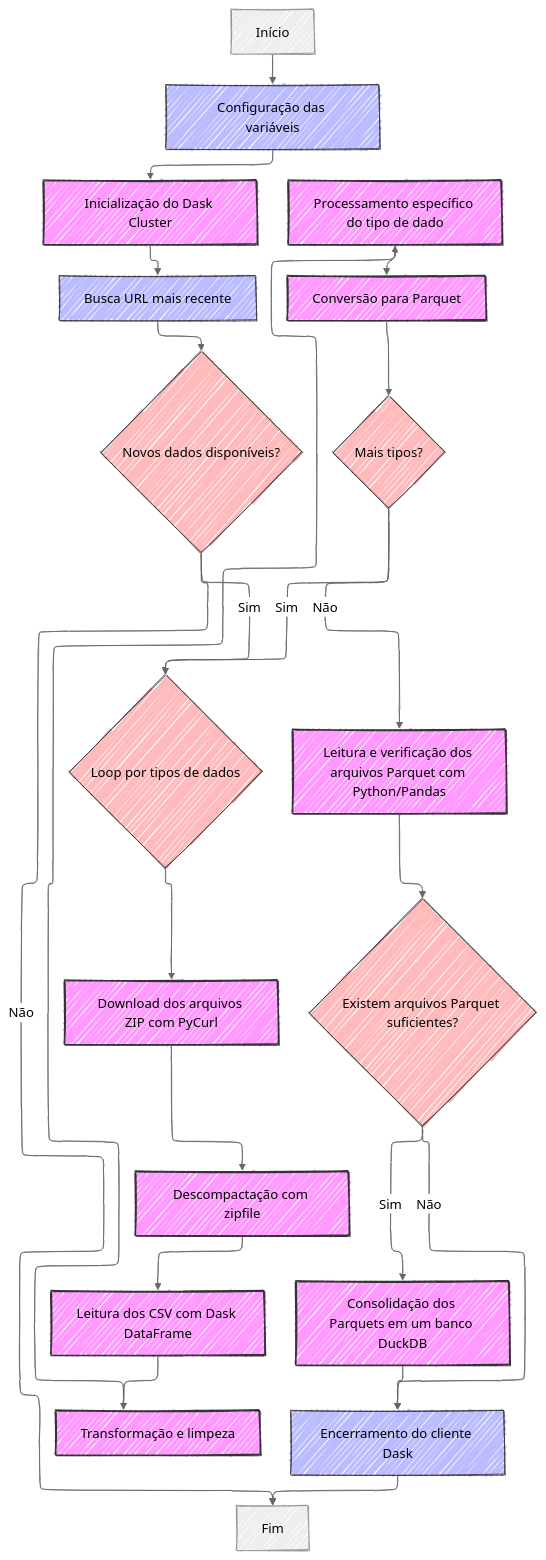
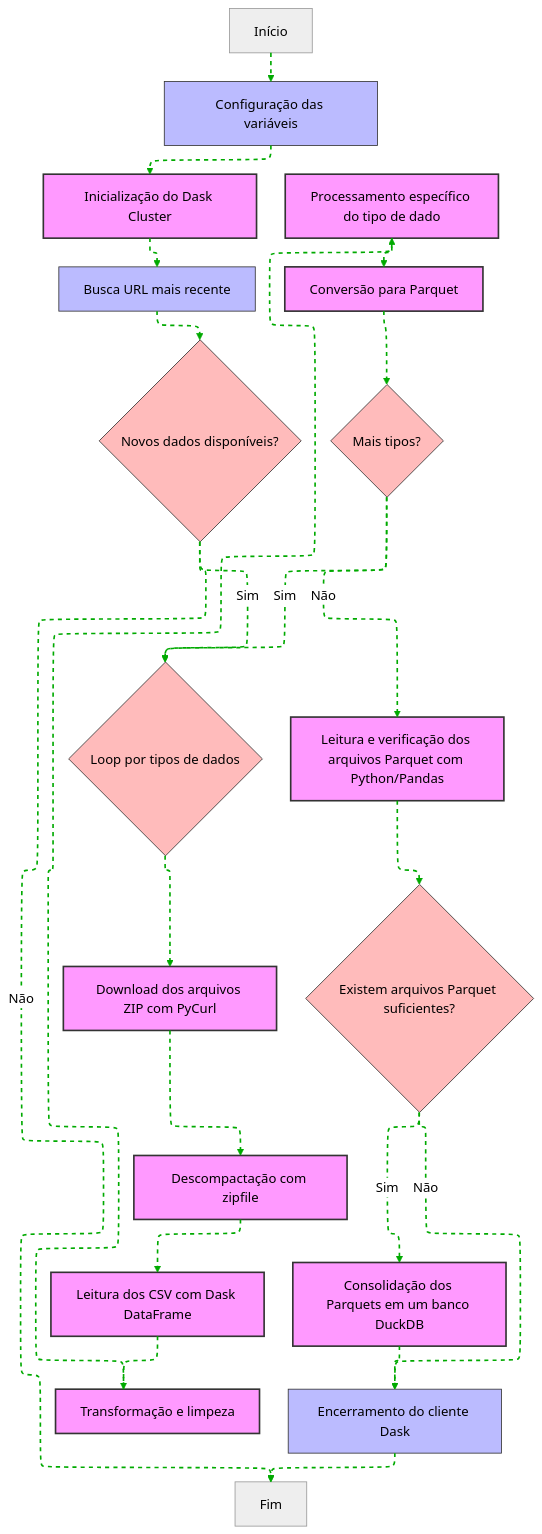
Before and after one commit to wmodanez/cnpj_dados_abertos: the first of 2 diagrams in README.md, drawn with Mermaid. The commit also changed other lines of this file, not shown here.

Commit message:
Atualização do README.md com melhorias na configuração dos fluxogramas, incluindo animações e ajustes na renderização. As alterações visam aprimorar a visualização e a interatividade dos diagramas, facilitando a compreensão do fluxo de processamento de dados de CNPJs.

````diff
--- a/README.md
+++ b/README.md
@@ -9,65 +9,73 @@
 ```mermaid
 ---
 config:
-   look: handDrawn
    theme: neutral
    layout: elk
    elk:
       direction: DOWN
       nodeSpacing: 50
       rankSpacing: 70
       mergeEdges: true
       nodePlacementStrategy: SIMPLE
       algorithm: layered
       layered:
         alignedLayout: true
+   flowchart:
+      useMaxWidth: true
+      curve: basis
+      defaultRenderer: elk
+      htmlLabels: true
+      animate: true
 
 ---
 flowchart TD
     %% Etapa 1: Coleta de Dados
     A[Início] --> B[Configuração das variáveis]
     B --> C[Inicialização do Dask Cluster]
     C --> D[Busca URL mais recente]
     
     %% Verificação inicial de novos dados
     D --> N{Novos dados disponíveis?}
     N -->|Não| Q[Fim]
     
     %% Etapa 2: Download e Descompactação
     N -->|Sim| E{Loop por tipos de dados}
     E --> F[Download dos arquivos ZIP com PyCurl]
     F --> G[Descompactação com zipfile]
     
     %% Etapa 3: Processamento com Dask
     G --> H[Leitura dos CSV com Dask DataFrame]
     H --> I[Transformação e limpeza]
     
     %% Etapa 4: Segmentação de dados
     I --> J[Processamento específico do tipo de dado]
     
     %% Etapa 5: Armazenamento em Parquet
     J --> K[Conversão para Parquet]
     
     %% Próximo tipo de dado ou finalização
     K --> L{Mais tipos?}
     L -->|Sim| E
     
     %% Consolidação dos arquivos Parquet em DuckDB
     L -->|Não| R[Leitura e verificação dos arquivos Parquet com Python/Pandas]
     R --> S{Existem arquivos Parquet suficientes?}
     S -->|Sim| O[Consolidação dos Parquets em um banco DuckDB]
     S -->|Não| P
     
     %% Finalização
     O --> P[Encerramento do cliente Dask]
     P --> Q
     
     %% Estilos
     classDef ferramenta fill:#f9f,stroke:#333,stroke-width:2px
     classDef process fill:#bbf,stroke:#333,stroke-width:1px
     classDef decision fill:#fbb,stroke:#333,stroke-width:1px
     
     class C,F,G,H,I,J,K,O,R ferramenta
     class B,D,P process
     class E,L,N,S decision
+    
+    %% Animação das setas
+    linkStyle default stroke:#00AA00,stroke-width:2px,color:green,animation:flowing 1.5s linear infinite,stroke-dasharray:5,2,3,2
 ```
````
